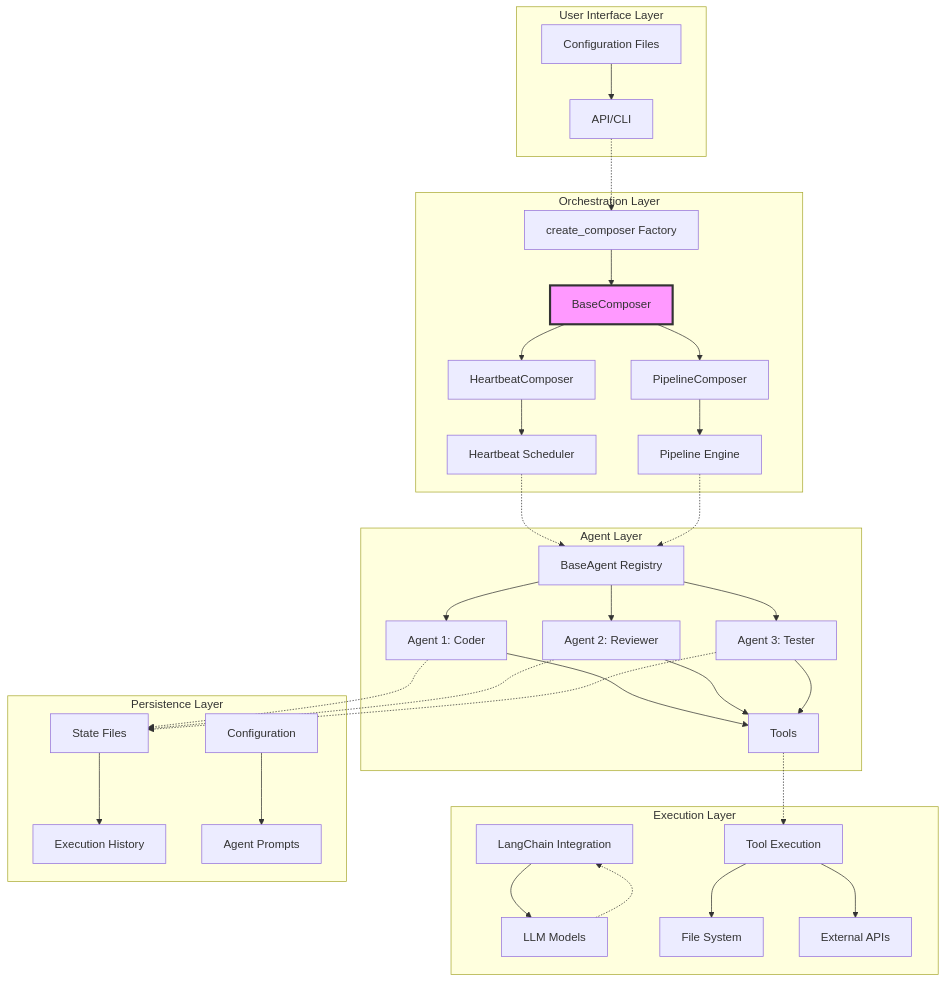
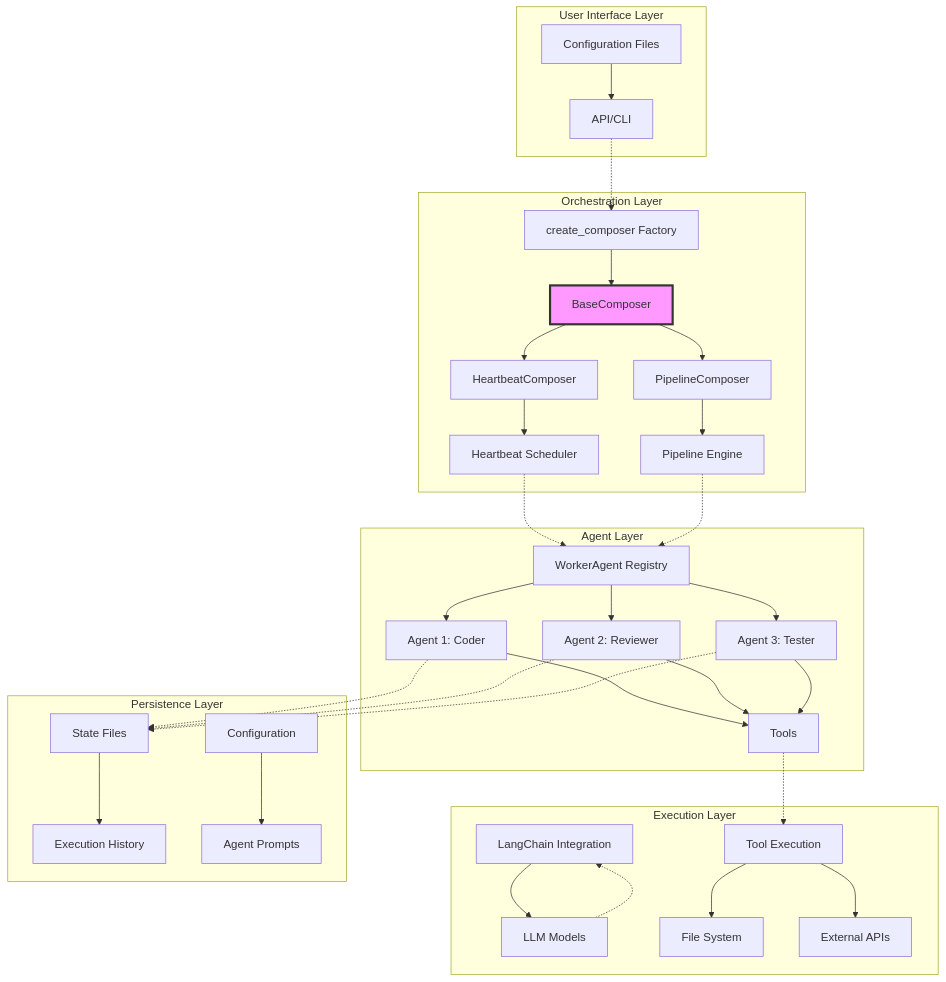
One commit to openpawks/sublimate changed the first of 10 diagrams in docs/composer/OVERVIEW.md. Above: the diagram before and after it, drawn with Mermaid. The commit also changed other lines of this file and 21 other files, not shown here.

Commit message:
refactor: rename BaseAgent to WorkerAgent for clarity, fix typos in services, begin to start writing repo & worktree management

````diff
--- a/docs/composer/OVERVIEW.md
+++ b/docs/composer/OVERVIEW.md
@@ -9,45 +9,45 @@
 ```mermaid
 graph TB
     subgraph "User Interface Layer"
         A[Configuration Files] --> B[API/CLI]
     end
-    
+
     subgraph "Orchestration Layer"
         C[create_composer Factory] --> D[BaseComposer]
         D --> E[HeartbeatComposer]
         D --> F[PipelineComposer]
         E --> G[Heartbeat Scheduler]
         F --> H[Pipeline Engine]
     end
-    
+
     subgraph "Agent Layer"
-        I[BaseAgent Registry] --> J[Agent 1: Coder]
+        I[WorkerAgent Registry] --> J[Agent 1: Coder]
         I --> K[Agent 2: Reviewer]
         I --> L[Agent 3: Tester]
         J --> M[Tools]
         K --> M
         L --> M
     end
-    
+
     subgraph "Execution Layer"
         N[LangChain Integration] --> O[LLM Models]
         P[Tool Execution] --> Q[File System]
         P --> R[External APIs]
     end
-    
+
     subgraph "Persistence Layer"
         S[State Files] --> T[Execution History]
         U[Configuration] --> V[Agent Prompts]
     end
-    
+
     B -.-> C
     G -.-> I
     H -.-> I
     M -.-> P
     O -.-> N
     J -.-> S
     K -.-> S
     L -.-> S
-    
+
     style D fill:#f9f,stroke:#333,stroke-width:3px
 ```
````
